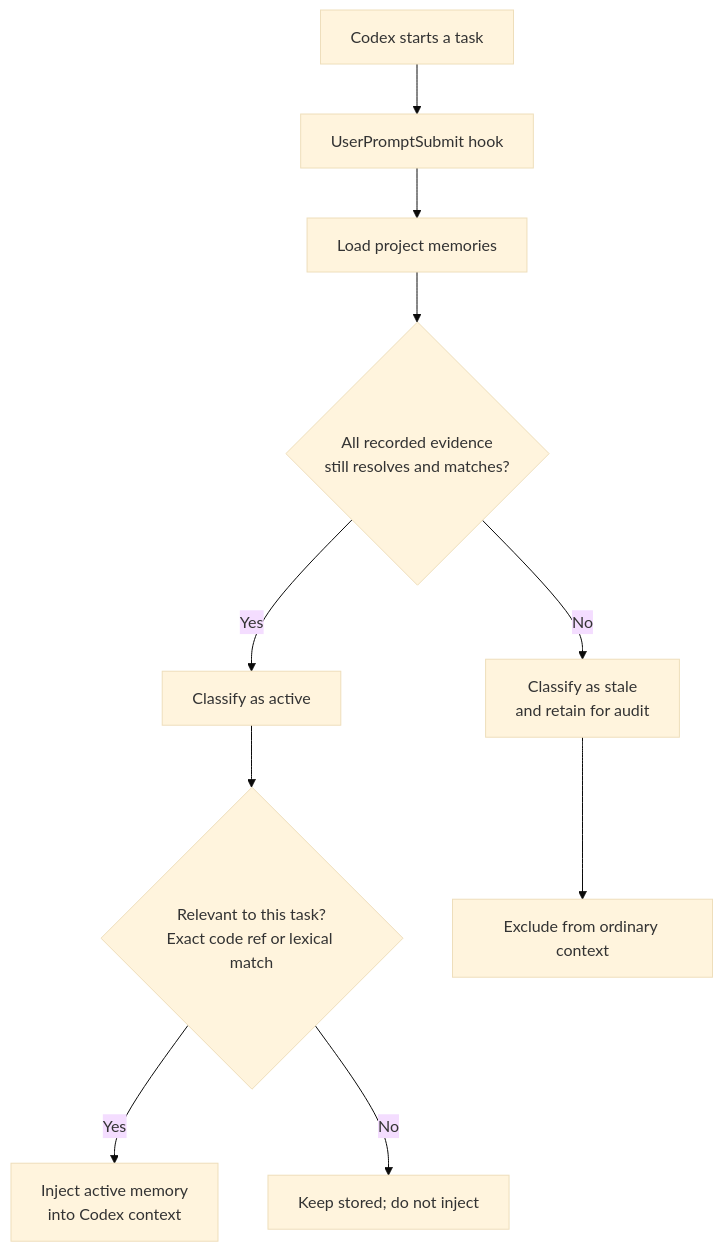
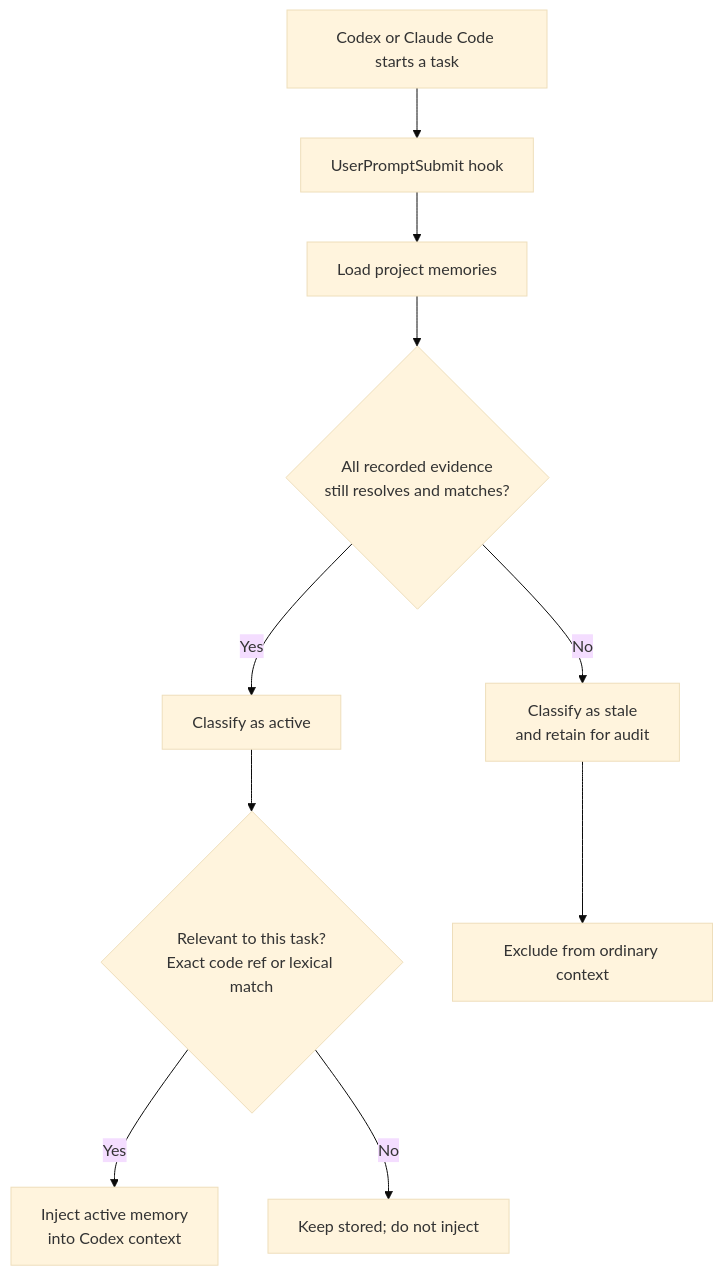
One commit to fagnermourafeitosa/memory-stale changed the first of 2 diagrams in README.md. Above: the diagram before and after it, drawn with Mermaid (base theme). The commit also changed other lines of this file and 12 other files, not shown here.

Commit message:
feat: add Claude Code lifecycle support

````diff
--- a/README.md
+++ b/README.md
@@ -103,12 +123,12 @@
 ```mermaid
 flowchart TD
-    A[Codex starts a task] --> B[UserPromptSubmit hook]
+    A[Codex or Claude Code starts a task] --> B[UserPromptSubmit hook]
     B --> C[Load project memories]
     C --> D{"All recorded evidence<br/>still resolves and matches?"}
     D -->|Yes| E[Classify as active]
     D -->|No| F["Classify as stale<br/>and retain for audit"]
     E --> G{"Relevant to this task?<br/>Exact code ref or lexical match"}
     G -->|Yes| H["Inject active memory<br/>into Codex context"]
     G -->|No| I[Keep stored; do not inject]
     F --> J[Exclude from ordinary context]
 ```
````
